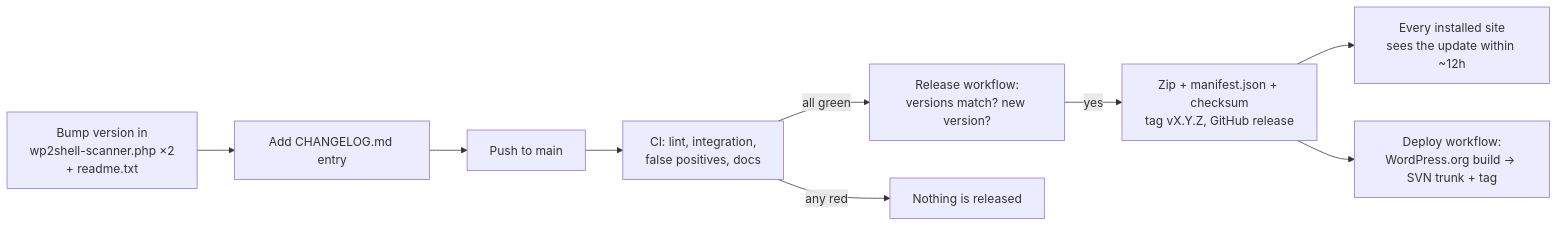
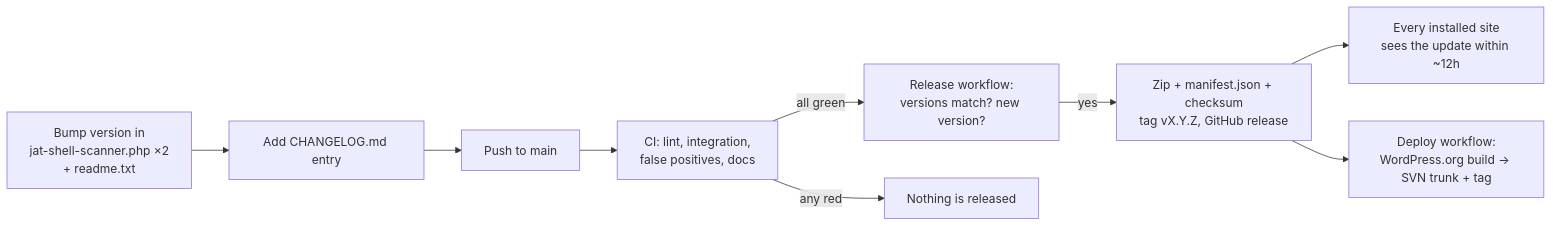
Before and after one commit to CptNope/JAT-Shell-Scanner: diagram 17 of 17 in README.md, drawn with Mermaid. The commit also changed other lines of this file and 18 other files, not shown here.

First line of the commit message:
Use the JAT Shell Scanner name everywhere

````diff
--- a/README.md
+++ b/README.md
@@ -1113,11 +1113,11 @@
 ```mermaid
 flowchart LR
-    A["Bump version in<br/>wp2shell-scanner.php ×2<br/>+ readme.txt"] --> B["Add CHANGELOG.md entry"]
+    A["Bump version in<br/>jat-shell-scanner.php ×2<br/>+ readme.txt"] --> B["Add CHANGELOG.md entry"]
     B --> C["Push to main"]
     C --> D["CI: lint, integration,<br/>false positives, docs"]
     D -- all green --> E["Release workflow:<br/>versions match? new version?"]
     E -- yes --> F["Zip + manifest.json + checksum<br/>tag vX.Y.Z, GitHub release"]
     F --> G["Every installed site<br/>sees the update within ~12h"]
     F --> I["Deploy workflow:<br/>WordPress.org build → SVN trunk + tag"]
     D -- any red --> H["Nothing is released"]
 ```
````
